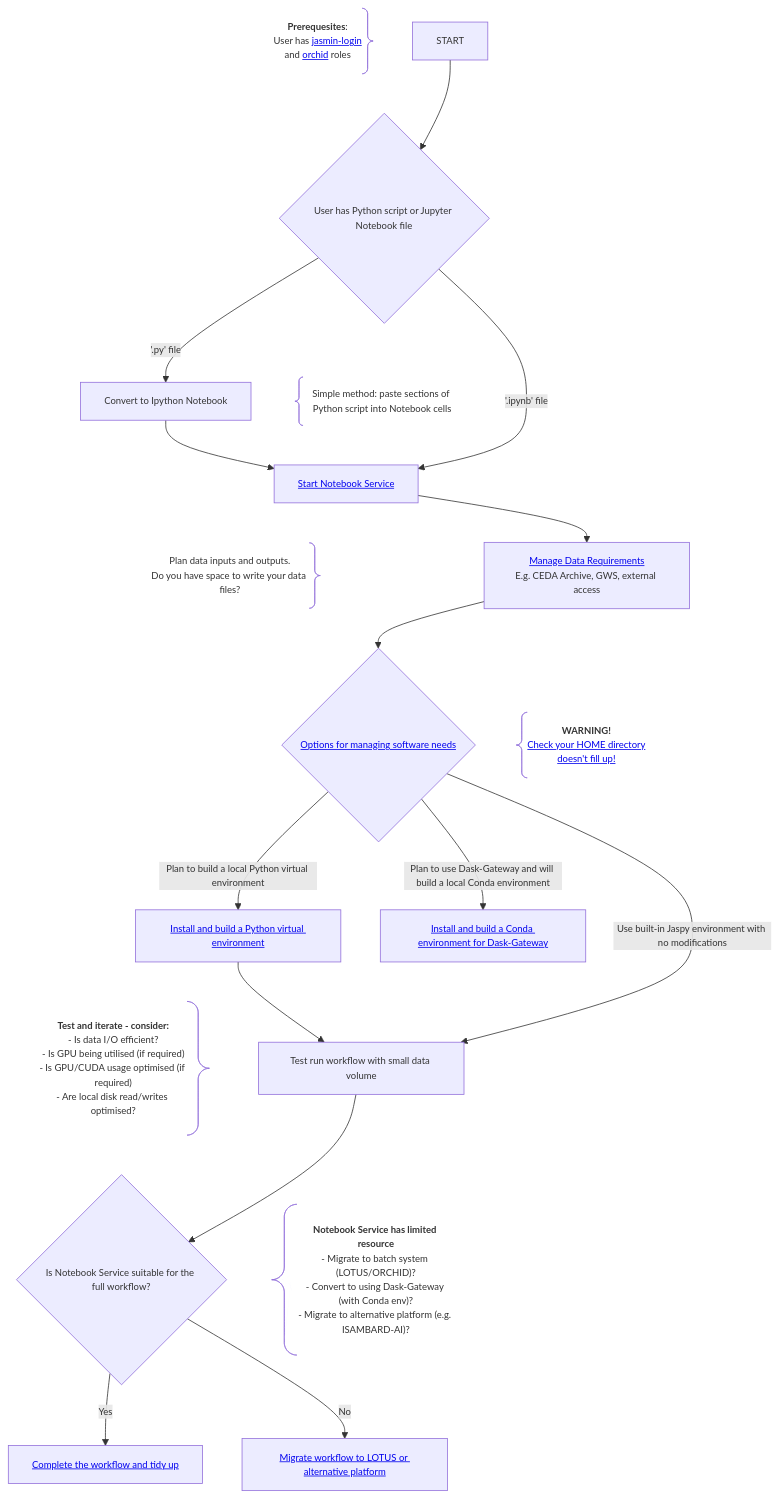
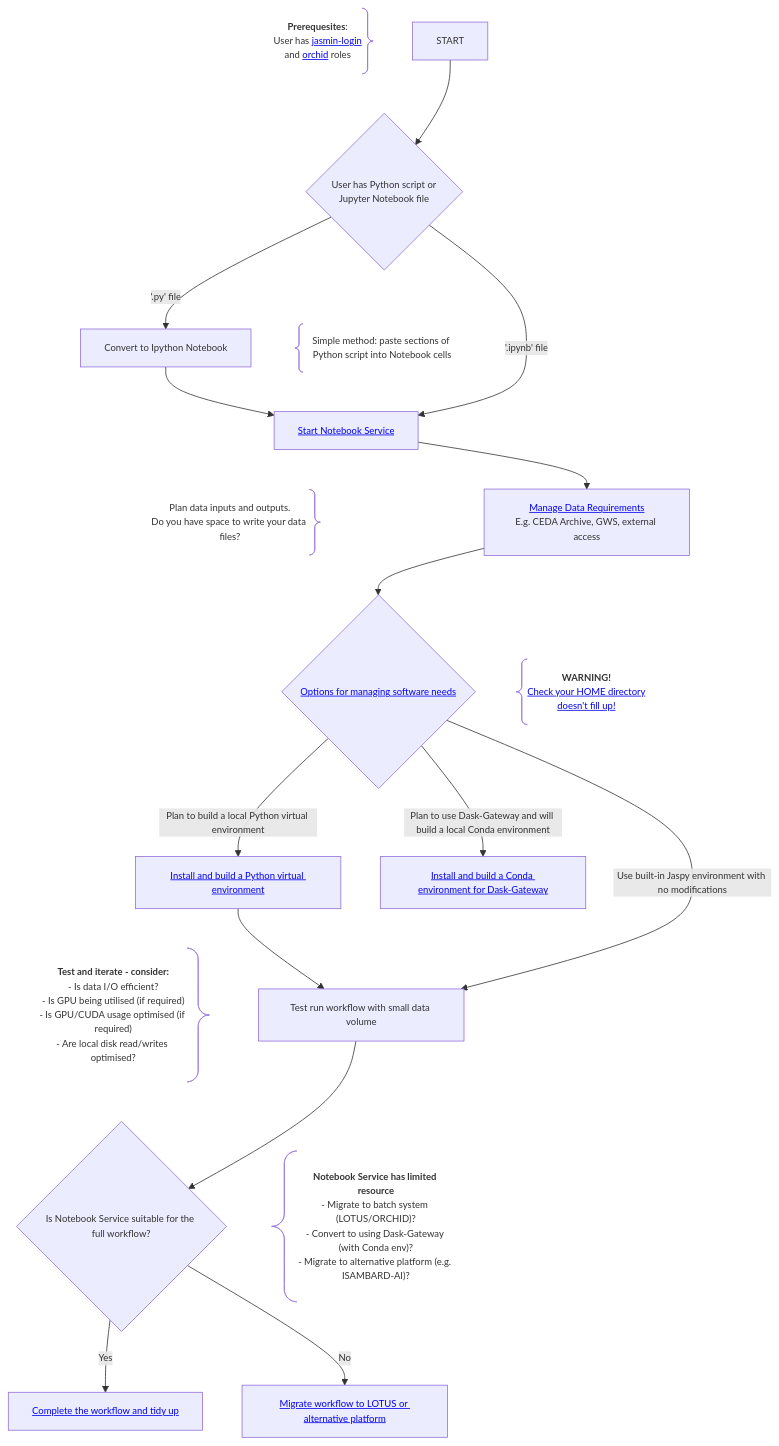
Before and after one commit to agstephens/proto-jasmin-mermaid-docs: the first of 3 diagrams in README.md, drawn with Mermaid.

````diff
--- a/README.md
+++ b/README.md
@@ -13,49 +13,49 @@
 ```mermaid
 ---
 config:
   theme: 'default'
   themeVariables:
     fontSize: 9pt
 ---
  flowchart TD
-    START --> PY_IPYNB{User has Python script or Jupyter Notebook file}
+    START --> PY_IPYNB{User has Python script or\n Jupyter Notebook file}
 
     C1@{ shape: brace-r, label: "<b>Prerequesites</b>:
         User has <a href='http://help.jasmin.ac.uk/docs/getting-started/get-login-account/'>jasmin-login</a> 
         and <a href='https://help.jasmin.ac.uk/docs/batch-computing/orchid-gpu-cluster/#request-access-to-orchid'>orchid</a> roles" } ~~~ PY_IPYNB
 
     PY_IPYNB -->|'.ipynb' file| START_NBS[<a href="https://help.jasmin.ac.uk/docs/interactive-computing/jasmin-notebooks-service/#using-the-jasmin-notebook-service">Start Notebook Service</a>]
     PY_IPYNB -->|'.py' file| CONVERT_PY[Convert to Ipython Notebook]
 
     PY_IPYNB ~~~ C2@{ shape: brace-l, label: "Simple method: paste sections of Python script into Notebook cells"}
 
     CONVERT_PY --> START_NBS
     START_NBS ~~~ C3@{ shape: brace-r, label: "Plan data inputs and outputs.<br/>Do you have space to write your data files?"}
     
     START_NBS --> DATA_NEEDS[<a href="https://github.com/agstephens/proto-jasmin-mermaid-docs/blob/main/README.md#managing-data-access">Manage Data Requirements</a><br/>E.g. CEDA Archive, GWS, external access]
 
     DATA_NEEDS --> SW_NEEDS{<a href="https://github.com/agstephens/proto-jasmin-mermaid-docs/blob/main/README.md#software-management">Options for managing software needs</a>}
 
     SW_NEEDS -->|Use built-in Jaspy environment with no modifications| TEST_RUN[Test run workflow with small data volume]
     SW_NEEDS -->|Plan to build a local Python virtual environment| VENV_INSTALL[<a href="https://github.com/agstephens/proto-jasmin-mermaid-docs/blob/main/README.md#building-virtual-environments">Install and build a Python virtual environment</a>]
     SW_NEEDS -->|Plan to use Dask-Gateway and will build a local Conda environment| CONDA_INSTALL[<a href="https://github.com/agstephens/proto-jasmin-mermaid-docs/blob/main/README.md#using-dask-gateway">Install and build a Conda environment for Dask-Gateway</a>]
 
     DATA_NEEDS ~~~ C4@{ shape: brace-l, label: "<b>WARNING!</b><br/><a href='https://github.com/agstephens/proto-jasmin-mermaid-docs/blob/main/README.md#managing-your-home-directory'>Check your HOME directory<br/>doesn't fill up!</a>"}
     VENV_INSTALL --> TEST_RUN
 
     TEST_RUN --> FULL_RUN{Is Notebook Service suitable for the full workflow?}
 
     C5@{ shape: brace-r, label: "<b>Test and iterate - consider:</b>
     - Is data I/O efficient?
     - Is GPU being utilised (if required)
     - Is GPU/CUDA usage optimised (if required)
     - Are local disk read/writes optimised?"} ~~~ FULL_RUN
 
     TEST_RUN ~~~ C6@{ shape: brace-l, label: "**Notebook Service has limited resource**
     - Migrate to batch system (LOTUS/ORCHID)?
     - Convert to using Dask-Gateway (with Conda env)?
     - Migrate to alternative platform (e.g. ISAMBARD-AI)?"}
 
     FULL_RUN -->|Yes| COMPLETE[<a href="https://github.com/agstephens/proto-jasmin-mermaid-docs/blob/main/README.md#workflow-completion">Complete the workflow and tidy up</a>]
     FULL_RUN -->|No| MIGRATE[<a href="https://github.com/agstephens/proto-jasmin-mermaid-docs/blob/main/README.md#workflow-migration">Migrate workflow to LOTUS or alternative platform</a>]
 ```
````
